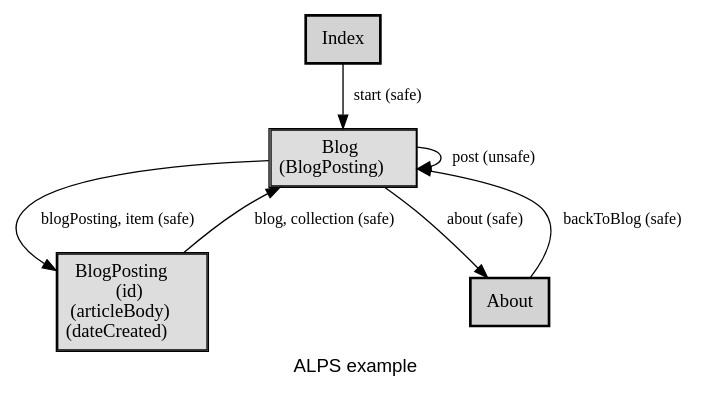
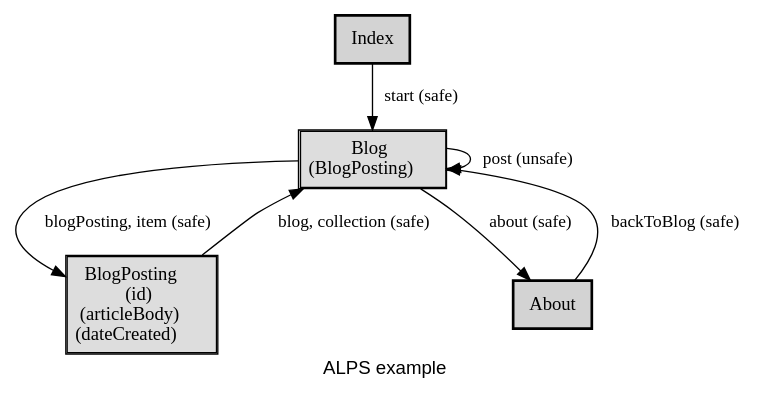
One commit to alps-asd/app-state-diagram changed the diagram in docs/profile.example.dot. Above: the diagram before and after it, drawn with Graphviz. The commit also changed 3 other files, not shown here.

```diff
--- a/docs/profile.example.dot
+++ b/docs/profile.example.dot
@@ -1,23 +1,23 @@
 digraph application_state_diagram {
   graph [
     labelloc="b";
     fontname="Helvetica"
     label="ALPS example";
     URL="index.html"
   ];
   node [shape = box, style = "bold,filled"];
 
     Blog [style=solid, margin=0.02, label=<<table cellspacing="0" cellpadding="5" cellborder="1" border="0"><tr><td bgcolor="#dddddd">Blog<br />(BlogPosting)<br /></td></tr></table>>,shape=box URL="docs/semantic.Blog.html"]
     BlogPosting [style=solid, margin=0.02, label=<<table cellspacing="0" cellpadding="5" cellborder="1" border="0"><tr><td bgcolor="#dddddd">BlogPosting<br />(id)<br />(articleBody)<br />(dateCreated)<br /></td></tr></table>>,shape=box URL="docs/semantic.BlogPosting.html"]
 
-    Index -> Blog [fontsize=12 label = "start (safe)" URL="docs/safe.start.html"];
-    About -> Blog [fontsize=12 label = "backToBlog (safe)" URL="docs/safe.backToBlog.html"];
-    Blog -> BlogPosting [fontsize=12 label = "blogPosting, item (safe)" URL="docs/safe.blogPosting.html"];
-    Blog -> Blog [fontsize=12 label = "post (unsafe)" URL="docs/unsafe.post.html"];
-    Blog -> About [fontsize=12 label = "about (safe)" URL="docs/safe.about.html"];
-    BlogPosting -> Blog [fontsize=12 label = "blog, collection (safe)" URL="docs/safe.blog.html"];
+    Index -> Blog [label = "start (safe)" URL="docs/safe.start.html" fontsize=13];
+    About -> Blog [label = "backToBlog (safe)" URL="docs/safe.backToBlog.html" fontsize=13];
+    Blog -> BlogPosting [label = "blogPosting, item (safe)" URL="docs/safe.blogPosting.html" fontsize=13];
+    Blog -> Blog [label = "post (unsafe)" URL="docs/unsafe.post.html" fontsize=13];
+    Blog -> About [label = "about (safe)" URL="docs/safe.about.html" fontsize=13];
+    BlogPosting -> Blog [label = "blog, collection (safe)" URL="docs/safe.blog.html" fontsize=13];
 
     Index [URL="docs/semantic.Index.html"]
     About [URL="docs/semantic.About.html"]
 
 }
```
